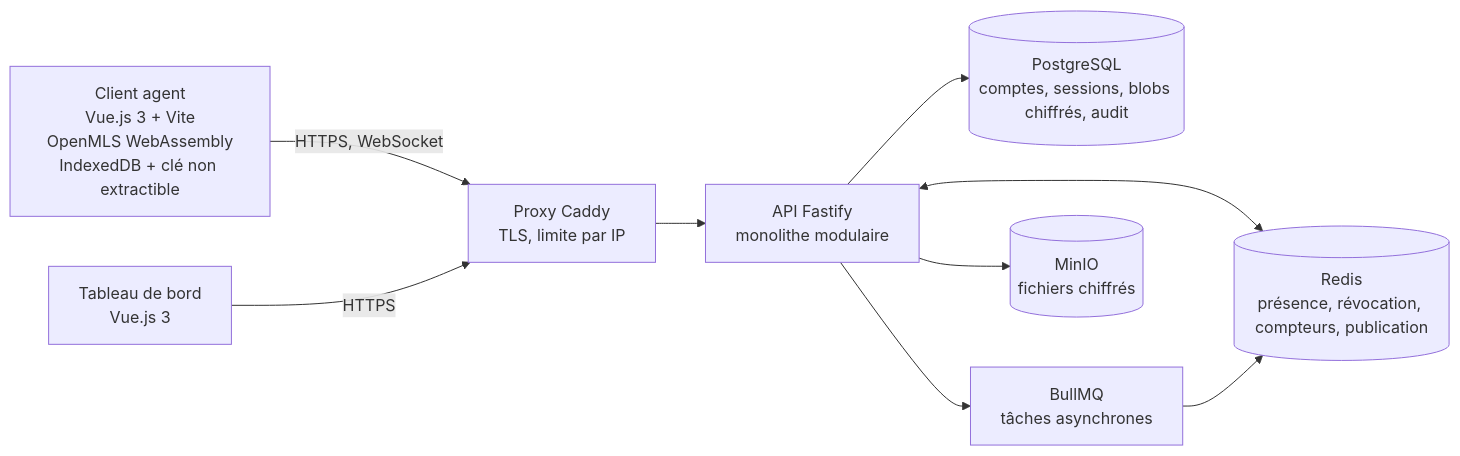
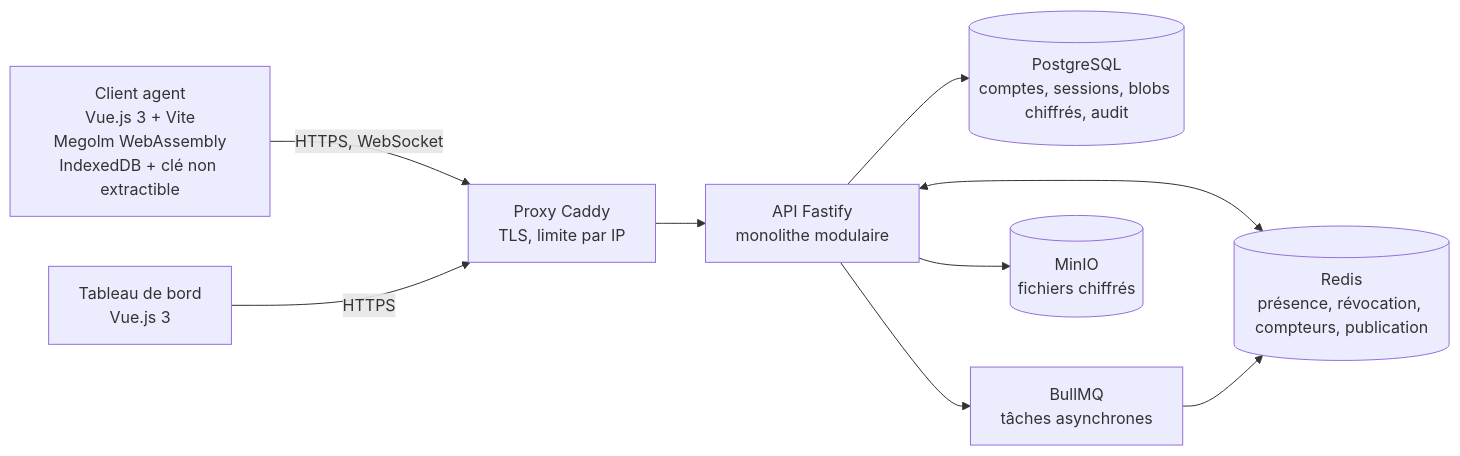
One commit to YaogoGerard/goama changed the ninth of 12 diagrams in docs/05_modeling_uml_c4.md. Above: the diagram before and after it, drawn with Mermaid. The commit also changed other lines of this file and 83 other files, not shown here.

````diff
--- a/docs/05_modeling_uml_c4.md
+++ b/docs/05_modeling_uml_c4.md
@@ -208,11 +208,11 @@
 ```mermaid
 flowchart LR
-  C["Client agent<br/>Vue.js 3 + Vite<br/>OpenMLS WebAssembly<br/>IndexedDB + clé non extractible"] -->|HTTPS, WebSocket| P["Proxy Caddy<br/>TLS, limite par IP"]
+  C["Client agent<br/>Vue.js 3 + Vite<br/>Megolm WebAssembly<br/>IndexedDB + clé non extractible"] -->|HTTPS, WebSocket| P["Proxy Caddy<br/>TLS, limite par IP"]
   D["Tableau de bord<br/>Vue.js 3"] -->|HTTPS| P
   P --> API["API Fastify<br/>monolithe modulaire"]
   API --> DB[("PostgreSQL<br/>comptes, sessions, blobs chiffrés, audit")]
   API <--> R[("Redis<br/>présence, révocation, compteurs, publication")]
   API --> Q["BullMQ<br/>tâches asynchrones"]
   Q --> R
   API --> M[("MinIO<br/>fichiers chiffrés")]
 ```
````
